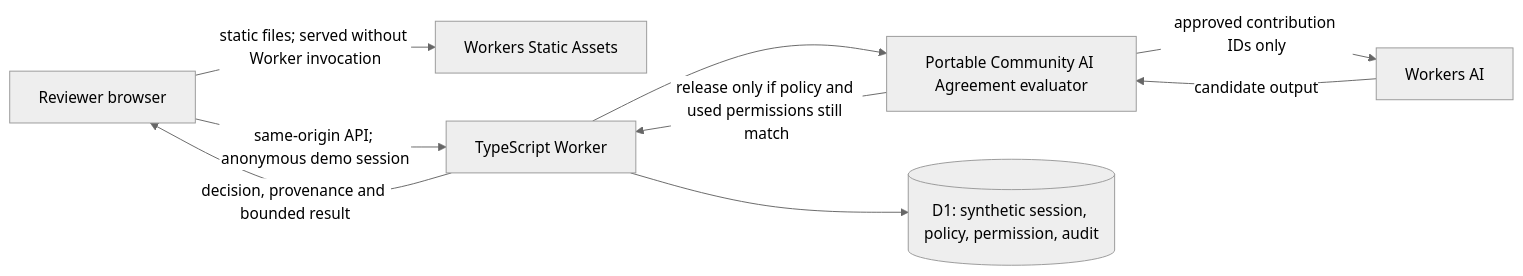
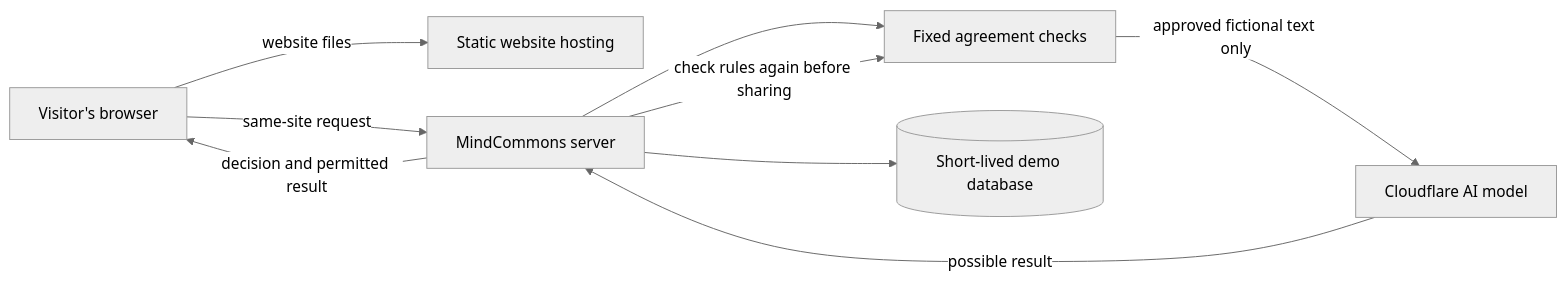
The diagram in docs/architecture/system-overview.md (Bepoadewale/mindcommons), drawn with Mermaid (neutral theme) before and after one commit. The commit also changed other lines of this file and 30 other files, not shown here.

Commit message:
docs: explain MindCommons in plain English (#50)

````diff
--- a/docs/architecture/system-overview.md
+++ b/docs/architecture/system-overview.md
@@ -5,11 +5,11 @@
 ```mermaid
 flowchart LR
-  V[Reviewer browser] -->|static files; served without Worker invocation| A[Workers Static Assets]
-  V -->|same-origin API; anonymous demo session| W[TypeScript Worker]
-  W --> G[Portable Community AI Agreement evaluator]
-  W --> D[(D1: synthetic session, policy, permission, audit)]
-  G -->|approved contribution IDs only| AI[Workers AI]
-  AI -->|candidate output| G
-  G -->|release only if policy and used permissions still match| W
-  W -->|decision, provenance and bounded result| V
+  V[Visitor's browser] -->|website files| A[Static website hosting]
+  V -->|same-site request| W[MindCommons server]
+  W --> G[Fixed agreement checks]
+  W --> D[(Short-lived demo database)]
+  G -->|approved fictional text only| AI[Cloudflare AI model]
+  AI -->|possible result| W
+  W -->|check rules again before sharing| G
+  W -->|decision and permitted result| V
 ```
````
